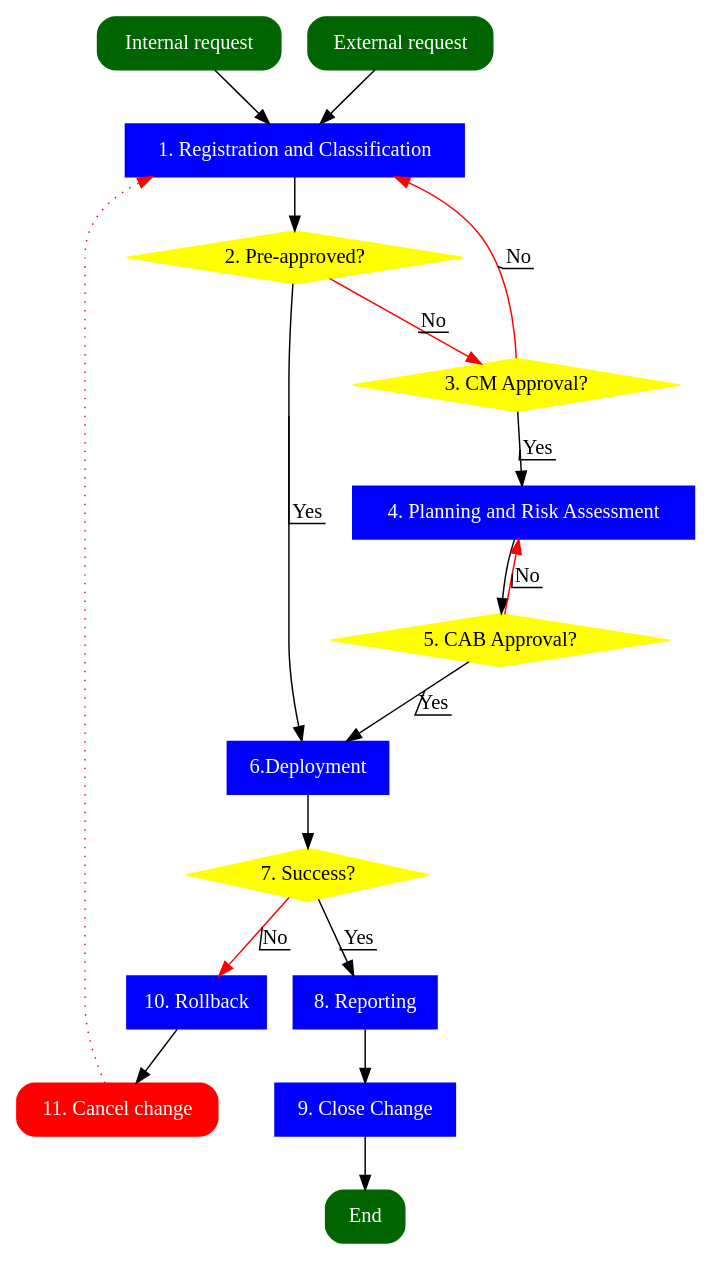
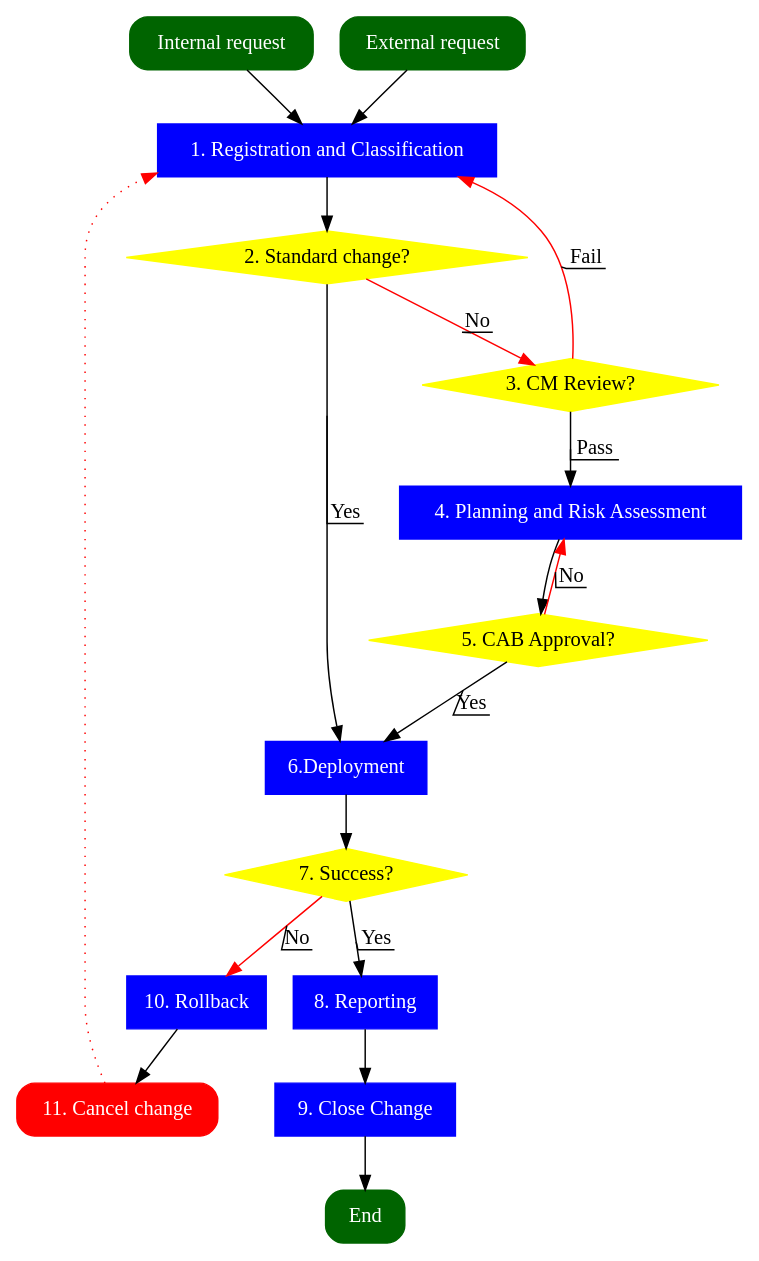
The diagram in change_management.dot (dstergiou/workflow), drawn with Graphviz before and after one commit.

Commit message:
renamed decision points

```diff
--- a/change_management.dot
+++ b/change_management.dot
@@ -1,125 +1,125 @@
 digraph {
     node[fontname="Verdana", style=rounded]
     internal_change[
         shape=box, 
         style="rounded,filled", 
         color=darkgreen, 
         fontcolor=white,
         label="Internal request"];
     external_change[
         shape=box, 
         style="rounded,filled", 
         color=darkgreen, 
         fontcolor=white,
         label="External request"];
     end_finish[
         shape=box, 
         style="rounded,filled", 
         color=darkgreen,
         fontcolor=white,              
         label="End"];
     end_cancel[
         shape=box, 
         style="rounded,filled", 
         color=red, 
         fontcolor=white,
         label="11. Cancel change"];
     registration[
         shape=box, 
         style=filled,
         color=blue,
         fontcolor=white,
         label="1. Registration and Classification"];
     deployment[
         shape=box, 
         style=filled,
         color=blue,
         fontcolor=white,
         label="6.Deployment"];
     planning[
         shape=box, 
         style=filled,
         color=blue,
         fontcolor=white,
         label="4. Planning and Risk Assessment"];
     rollback[
         shape=box, 
         style=filled,
         color=blue,
         fontcolor=white,
         label="10. Rollback"];
     reporting[
         shape=box, 
         style=filled,
         color=blue,
         fontcolor=white,
         label="8. Reporting"];
     close[
         shape=box, 
         style=filled,
         color=blue,
         fontcolor=white,
         label="9. Close Change"];
 
     if_preapproved[
         shape=diamond, 
         style=filled,
         color=yellow,
-        label="2. Pre-approved?"];
+        label="2. Standard change?"];
     if_cmapproved[
         shape=diamond,
         style=filled,
         color=yellow, 
-        label="3. CM Approval?"];
+        label="3. CM Review?"];
     if_cabapproved[
         shape=diamond,
         style=filled,
         color=yellow, 
         label="5. CAB Approval?"];
     if_changesuccess[
         shape=diamond,
         style=filled,
         color=yellow, 
         label="7. Success?"];
 
     internal_change -> registration;
     external_change -> registration
     registration -> if_preapproved;
     if_preapproved -> deployment[
         label=Yes,
         decorate=true];
     if_preapproved -> if_cmapproved[
         label=No, 
         color=red
         decorate=true];
     if_cmapproved -> planning[
-        label=Yes,
+        label=Pass,
         decorate=true];
     if_cmapproved -> registration[
-        label=No, 
+        label=Fail, 
         color=red, 
         decorate=true];
     planning -> if_cabapproved
     if_cabapproved -> deployment[
         label=Yes,
         decorate=true];
     if_cabapproved -> planning[
         label=No, 
         color=red,
         decorate=true];
     deployment -> if_changesuccess
     if_changesuccess -> reporting[
         label=Yes,
         decorate=true];
     if_changesuccess -> rollback[
         label=No, 
         color=red,
         decorate=true];
     rollback -> end_cancel;
     reporting -> close;
     close -> end_finish;
     end_cancel -> registration [
         color=red,
         style=dotted,
     ];
 }
```
